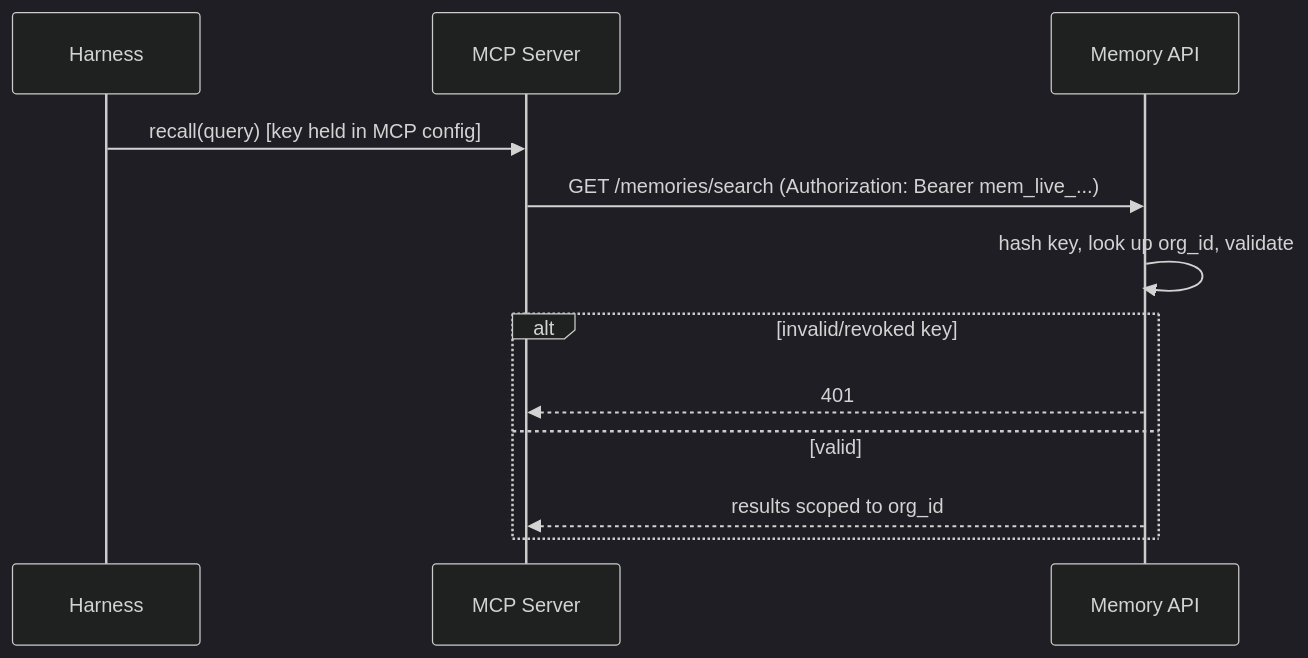
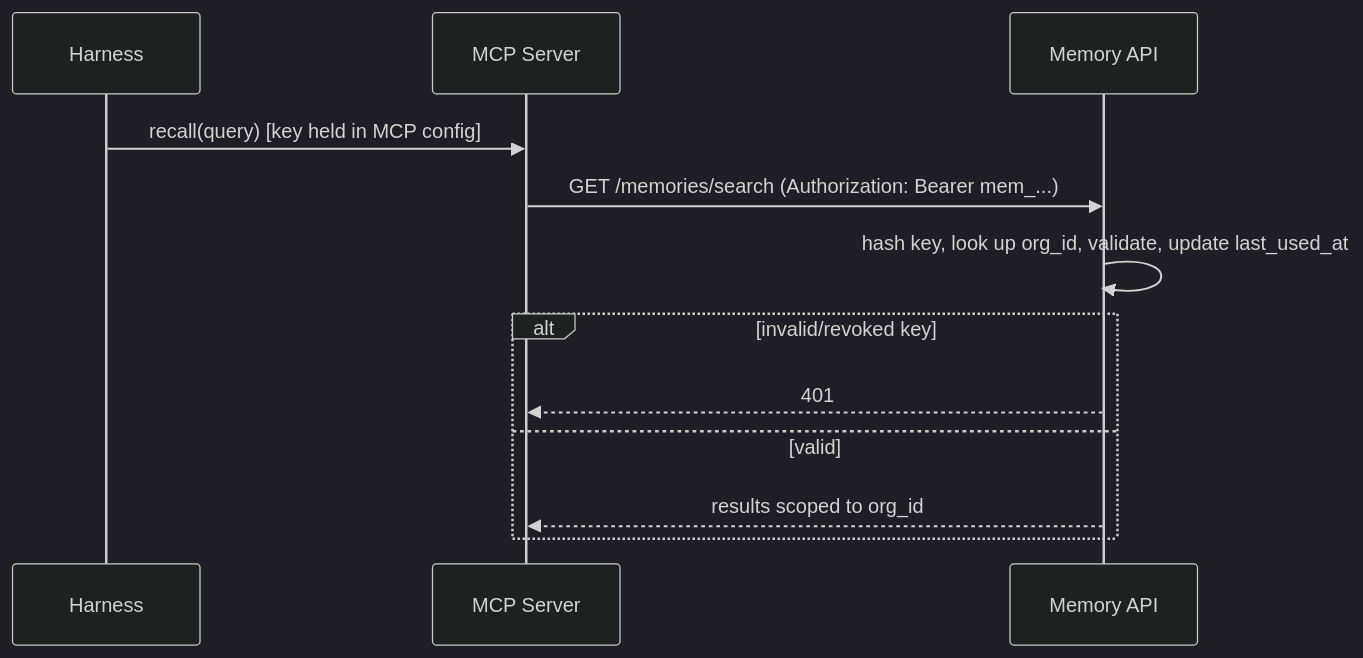
Before and after one commit to JayTheCoder77/memoria: the second of 2 diagrams in spec/05-auth.md, drawn with Mermaid (dark theme). The commit also changed other lines of this file and 9 other files, not shown here.

````diff
--- a/spec/05-auth.md
+++ b/spec/05-auth.md
@@ -56,15 +61,15 @@
 ```mermaid
 sequenceDiagram
     participant Harness
     participant MCP as MCP Server
     participant API as Memory API
 
     Harness->>MCP: recall(query) [key held in MCP config]
-    MCP->>API: GET /memories/search (Authorization: Bearer mem_live_...)
-    API->>API: hash key, look up org_id, validate
+    MCP->>API: GET /memories/search (Authorization: Bearer mem_...)
+    API->>API: hash key, look up org_id, validate, update last_used_at
     alt invalid/revoked key
         API-->>MCP: 401
     else valid
         API-->>MCP: results scoped to org_id
     end
 ```
````
